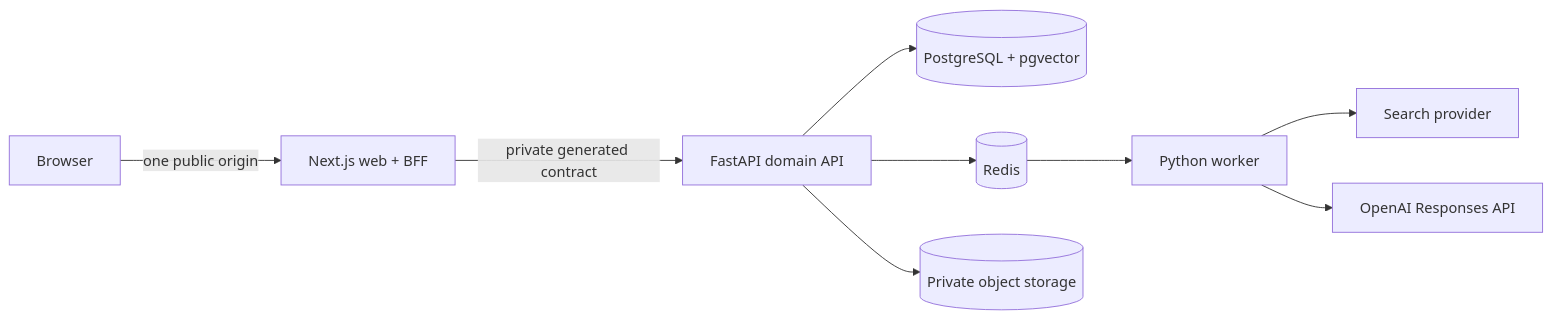
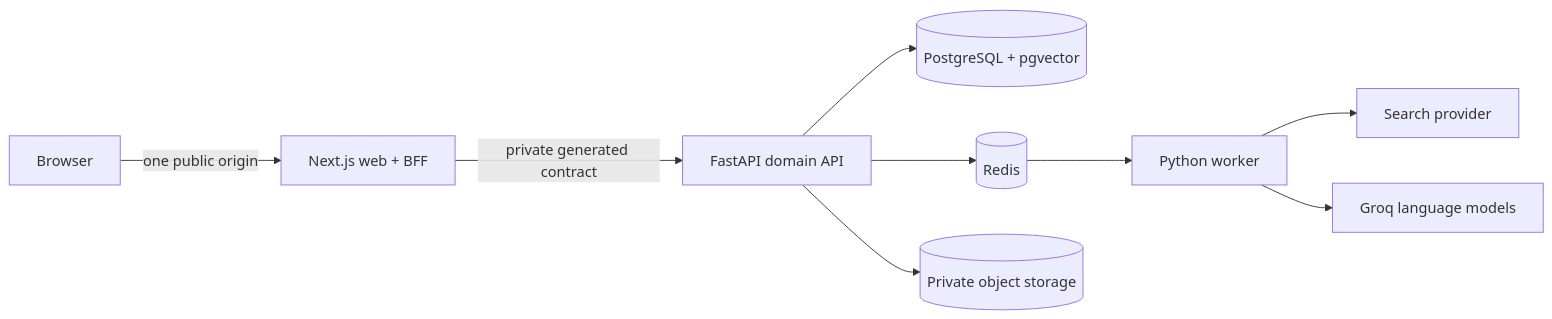
The diagram in README.md (DevaWinner/shaidago), drawn with Mermaid before and after one commit. The commit also changed other lines of this file and 28 other files, not shown here.

First line of the commit message:
feat: replace OpenAI with Groq and record the live provider evidence

````diff
--- a/README.md
+++ b/README.md
@@ -35,11 +35,11 @@
 ```mermaid
 flowchart LR
     B[Browser] -->|one public origin| W[Next.js web + BFF]
     W -->|private generated contract| A[FastAPI domain API]
     A --> D[(PostgreSQL + pgvector)]
     A --> R[(Redis)]
     A --> O[(Private object storage)]
     R --> K[Python worker]
     K --> S[Search provider]
-    K --> L[OpenAI Responses API]
+    K --> L[Groq language models]
 ```
````
